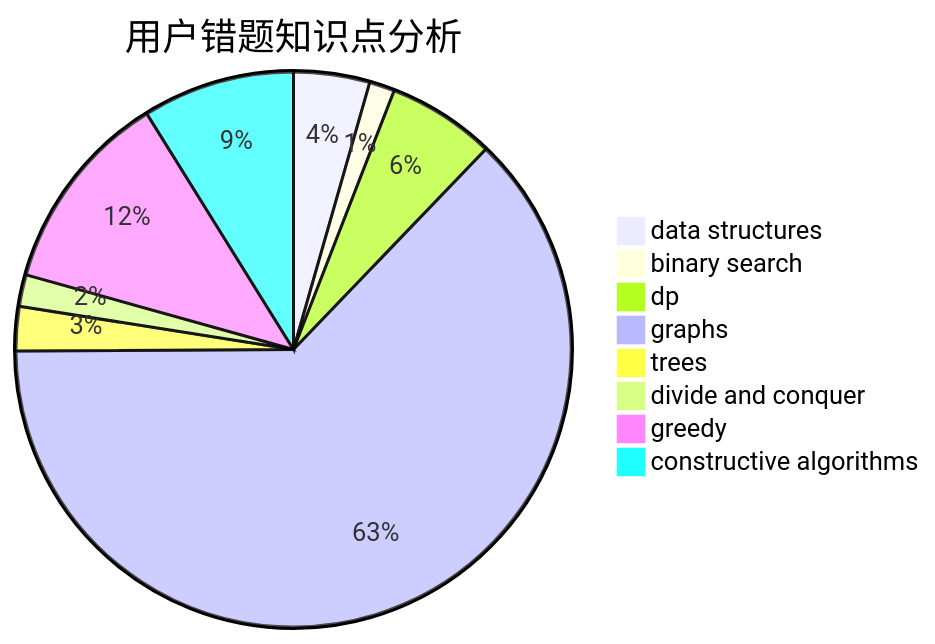
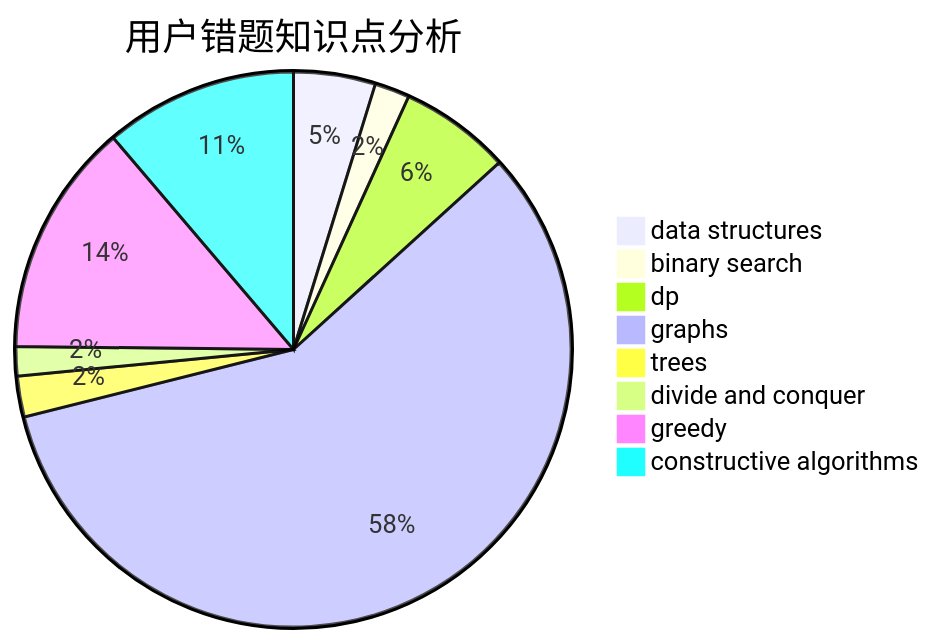
One commit to sherpahu/cfrs.github.io changed the third of 3 diagrams in docs/user/u1525.md. Above: the diagram before and after it, drawn with Mermaid. The commit also changed other lines of this file and 2770 other files, not shown here.

````diff
--- a/docs/user/u1525.md
+++ b/docs/user/u1525.md
@@ -36,11 +36,11 @@
 ```mermaid
 pie title 用户错题知识点分析
-    "data structures" :  12
-    "binary search" :  4
-    "dp" :  17
+    "data structures" :  14
+    "binary search" :  6
+    "dp" :  19
     "graphs" :  170
     "trees" :  7
     "divide and conquer" :  5
-    "greedy" :  32
-    "constructive algorithms" :  24
+    "greedy" :  40
+    "constructive algorithms" :  33
 ```
````
